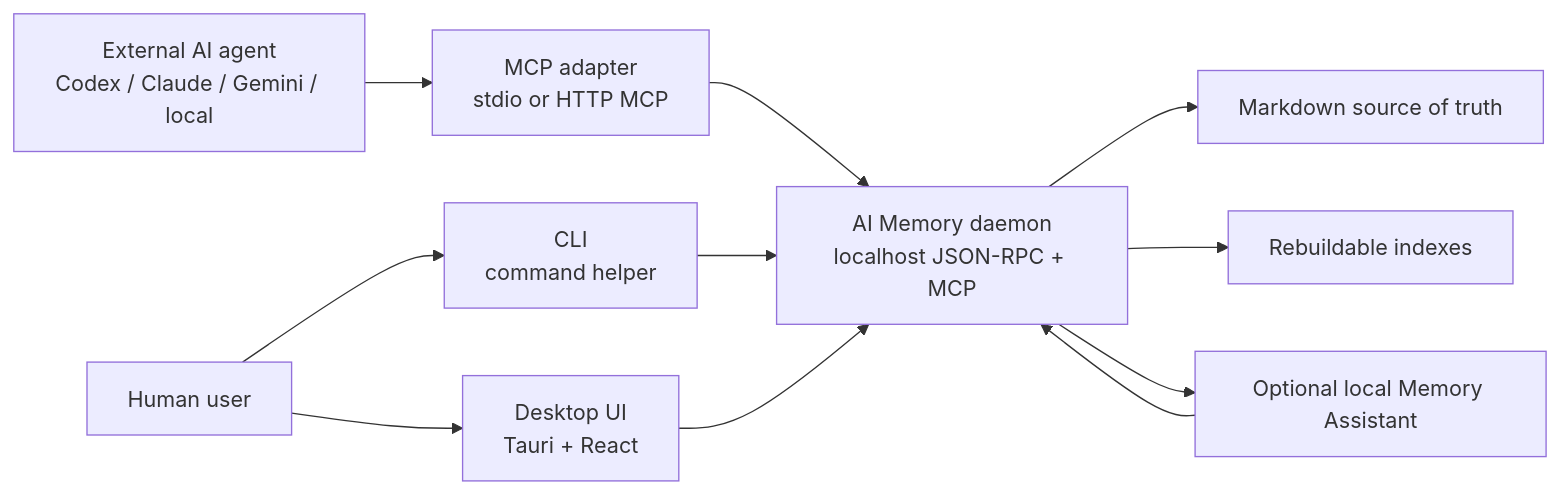
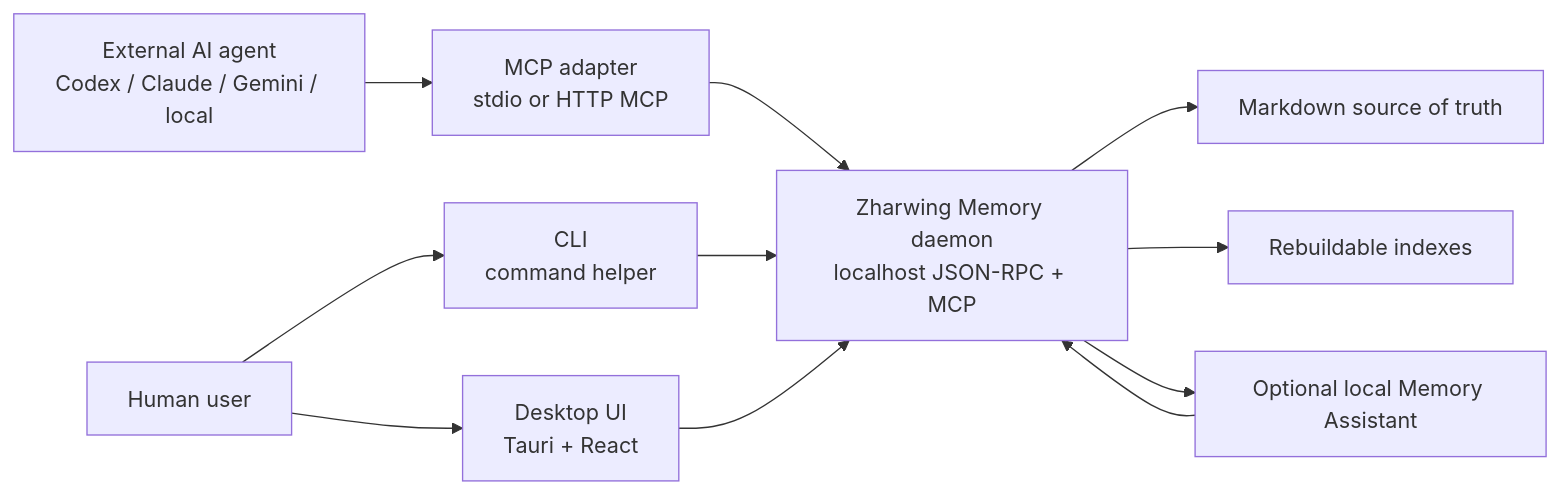
Before and after one commit to zharwing/memory: the first of 21 diagrams in docs/DIAGRAMS.md, drawn with Mermaid. The commit also changed other lines of this file and 112 other files, not shown here.

First line of the commit message:
feat!: rename to Zharwing Memory - @aimem/* becomes @zharwing/memory-*

````diff
--- a/docs/DIAGRAMS.md
+++ b/docs/DIAGRAMS.md
@@ -7,23 +7,23 @@
 ```mermaid
 flowchart LR
   User["Human user"]
   Desktop["Desktop UI\nTauri + React"]
   CLI["CLI\ncommand helper"]
   Agent["External AI agent\nCodex / Claude / Gemini / local"]
   MCP["MCP adapter\nstdio or HTTP MCP"]
-  Daemon["AI Memory daemon\nlocalhost JSON-RPC + MCP"]
+  Daemon["Zharwing Memory daemon\nlocalhost JSON-RPC + MCP"]
   Storage["Markdown source of truth"]
   Index["Rebuildable indexes"]
   Assistant["Optional local Memory Assistant"]
 
   User --> Desktop
   User --> CLI
   Agent --> MCP
   MCP --> Daemon
   CLI --> Daemon
   Desktop --> Daemon
   Daemon --> Storage
   Daemon --> Index
   Daemon --> Assistant
   Assistant --> Daemon
 ```
````
